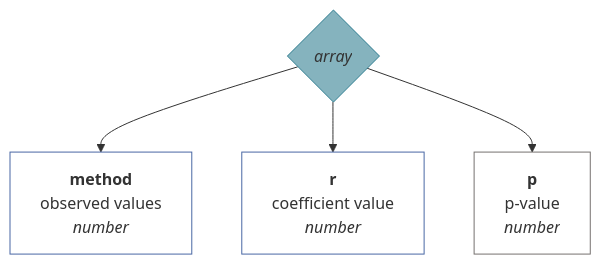
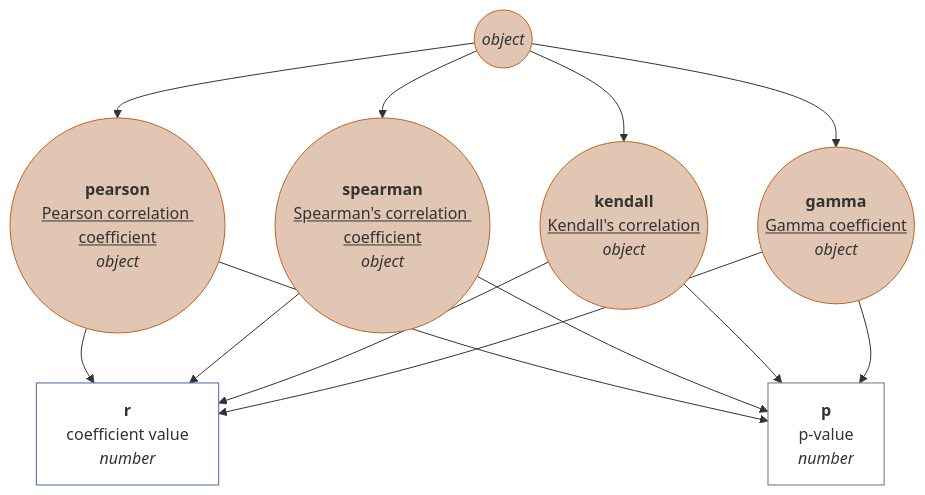
Before and after one commit to muzikp/retusa: diagram 28 of 48 in docs/en-GB.md, drawn with Mermaid. The commit also changed other lines of this file and 10 other files, not shown here.

````diff
--- a/docs/en-GB.md
+++ b/docs/en-GB.md
@@ -989,16 +989,47 @@
 ```mermaid
 graph TD
-correl{<i>array</i>}
-style correl fill:#85B3BE;
-style correl stroke:#2E7C8F;
-correl --> method[<b>method</b><br>observed values <br><i>number</i>]
-style method fill:#FFFFFF;
-style method stroke:#4967A4;
-correl --> r[<b>r</b><br>coefficient value <br><i>number</i>]
+correl((<i>object</i>))
+style correl fill:#E1C6B3;
+style correl stroke:#C36422;
+correl --> pearson((<b>pearson</b><br><u>Pearson correlation coefficient</u>))
+pearson((<b>pearson</b><br><u>Pearson correlation coefficient</u><br><i>object</i>))
+style pearson fill:#E1C6B3;
+style pearson stroke:#C36422;
+pearson --> r[<b>r</b><br>coefficient value <br><i>number</i>]
 style r fill:#FFFFFF;
 style r stroke:#4967A4;
-correl --> p[<b>p</b><br>p-value <br><i>number</i>]
+pearson --> p[<b>p</b><br>p-value <br><i>number</i>]
+style p fill:#FFFFFF;
+style p stroke:#75716F;
+correl --> spearman((<b>spearman</b><br><u>Spearman's correlation coefficient</u>))
+spearman((<b>spearman</b><br><u>Spearman's correlation coefficient</u><br><i>object</i>))
+style spearman fill:#E1C6B3;
+style spearman stroke:#C36422;
+spearman --> r[<b>r</b><br>coefficient value <br><i>number</i>]
+style r fill:#FFFFFF;
+style r stroke:#4967A4;
+spearman --> p[<b>p</b><br>p-value <br><i>number</i>]
+style p fill:#FFFFFF;
+style p stroke:#75716F;
+correl --> kendall((<b>kendall</b><br><u>Kendall's correlation</u>))
+kendall((<b>kendall</b><br><u>Kendall's correlation</u><br><i>object</i>))
+style kendall fill:#E1C6B3;
+style kendall stroke:#C36422;
+kendall --> r[<b>r</b><br>coefficient value <br><i>number</i>]
+style r fill:#FFFFFF;
+style r stroke:#4967A4;
+kendall --> p[<b>p</b><br>p-value <br><i>number</i>]
+style p fill:#FFFFFF;
+style p stroke:#75716F;
+correl --> gamma((<b>gamma</b><br><u>Gamma coefficient</u>))
+gamma((<b>gamma</b><br><u>Gamma coefficient</u><br><i>object</i>))
+style gamma fill:#E1C6B3;
+style gamma stroke:#C36422;
+gamma --> r[<b>r</b><br>coefficient value <br><i>number</i>]
+style r fill:#FFFFFF;
+style r stroke:#4967A4;
+gamma --> p[<b>p</b><br>p-value <br><i>number</i>]
 style p fill:#FFFFFF;
 style p stroke:#75716F;
 
 ```
````
